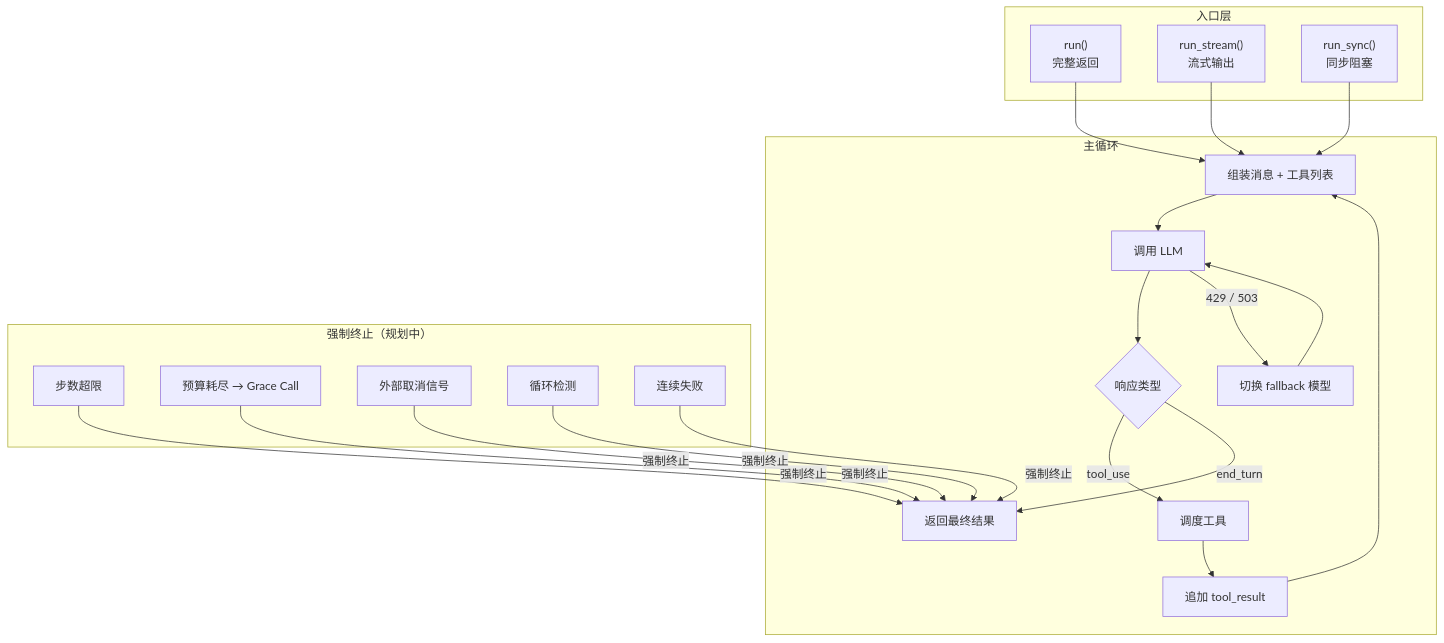
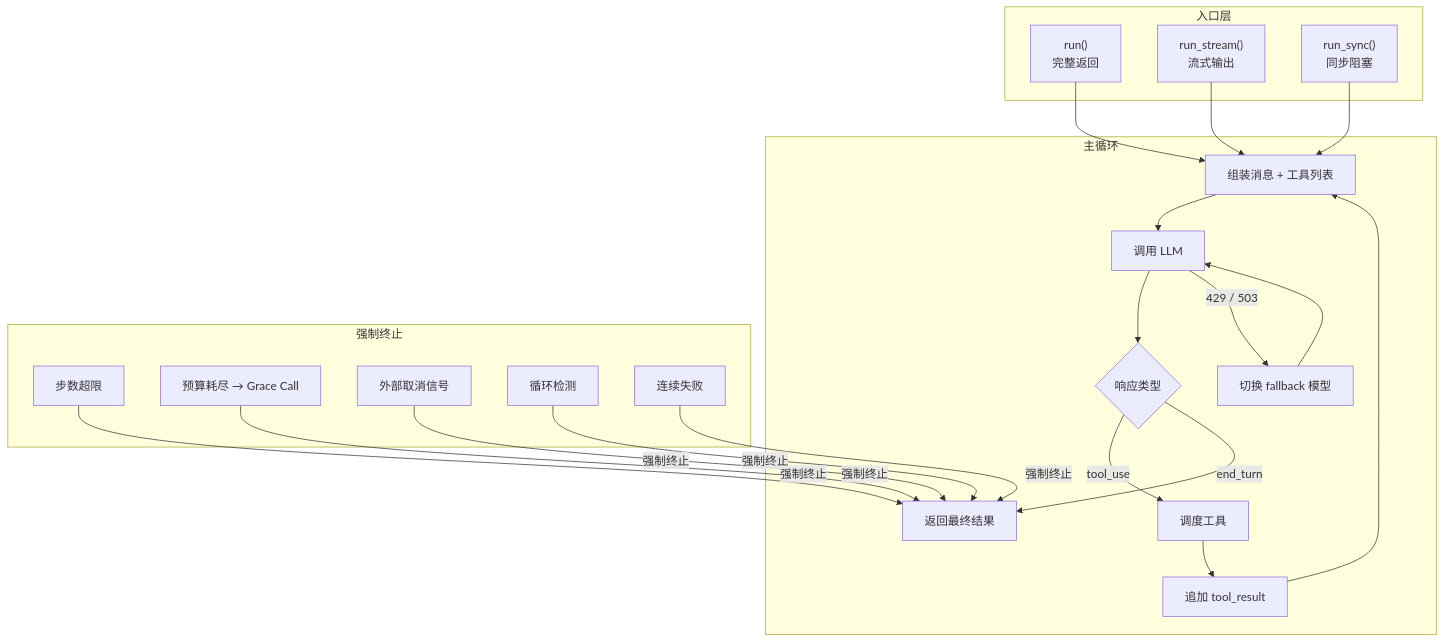
The diagram in docs/capabilities/agent-runtime.md (Summy2104/fleetent), drawn with Mermaid before and after one commit. The commit also changed other lines of this file and 3 other files, not shown here.

````diff
--- a/docs/capabilities/agent-runtime.md
+++ b/docs/capabilities/agent-runtime.md
@@ -21,30 +21,30 @@
 ```mermaid
 flowchart TD
     subgraph entry["入口层"]
         E1["run()\n完整返回"]
         E2["run_stream()\n流式输出"]
         E3["run_sync()\n同步阻塞"]
     end
 
     subgraph loop["主循环"]
         A[组装消息 + 工具列表] --> B[调用 LLM]
         B --> C{响应类型}
         C -->|tool_use| D[调度工具]
         D --> E[追加 tool_result]
         E --> A
         C -->|end_turn| F[返回最终结果]
         B -->|429 / 503| G[切换 fallback 模型]
         G --> B
     end
 
-    subgraph stop["强制终止（规划中）"]
+    subgraph stop["强制终止"]
         S1[步数超限]
         S2["预算耗尽 → Grace Call"]
         S3[外部取消信号]
         S4[循环检测]
         S5[连续失败]
     end
 
     E1 & E2 & E3 --> A
     S1 & S2 & S3 & S4 & S5 -->|强制终止| F
 ```
````
